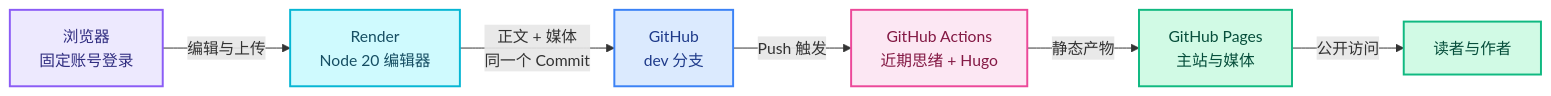
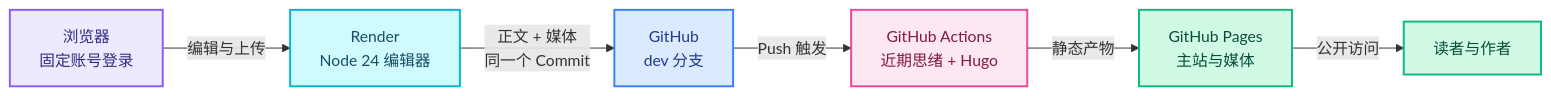
One commit to OweQian/oweqian.github.io changed the diagram in README.notes-online-editor.md. Above: the diagram before and after it, drawn with Mermaid. The commit also changed other lines of this file, not shown here.

Commit message:
docs: align editor deployment with Node 24 【———— 你的 emo小狗 留】

````diff
--- a/README.notes-online-editor.md
+++ b/README.notes-online-editor.md
@@ -40,19 +40,19 @@
 ```mermaid
 flowchart LR
-    A["浏览器<br/>固定账号登录"] -->|"编辑与上传"| B["Render<br/>Node 20 编辑器"]
+    A["浏览器<br/>固定账号登录"] -->|"编辑与上传"| B["Render<br/>Node 24 编辑器"]
     B -->|"正文 + 媒体<br/>同一个 Commit"| C["GitHub<br/>dev 分支"]
     C -->|"Push 触发"| D["GitHub Actions<br/>近期思绪 + Hugo"]
     D -->|"静态产物"| E["GitHub Pages<br/>主站与媒体"]
     E -->|"公开访问"| F["读者与作者"]
 
     classDef browser fill:#EDE9FE,stroke:#8B5CF6,color:#312E81,stroke-width:2px;
     classDef service fill:#CFFAFE,stroke:#06B6D4,color:#164E63,stroke-width:2px;
     classDef repo fill:#DBEAFE,stroke:#3B82F6,color:#1E3A8A,stroke-width:2px;
     classDef build fill:#FCE7F3,stroke:#EC4899,color:#831843,stroke-width:2px;
     classDef pages fill:#D1FAE5,stroke:#10B981,color:#064E3B,stroke-width:2px;
     class A browser;
     class B service;
     class C repo;
     class D build;
     class E,F pages;
 ```
````
